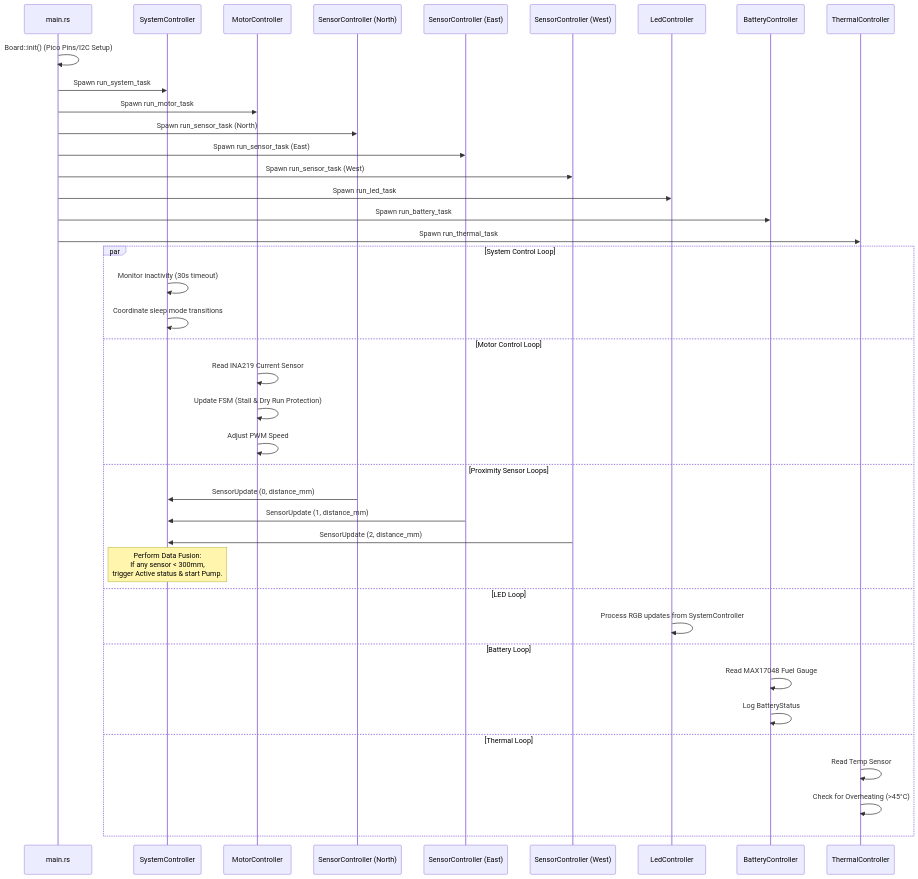
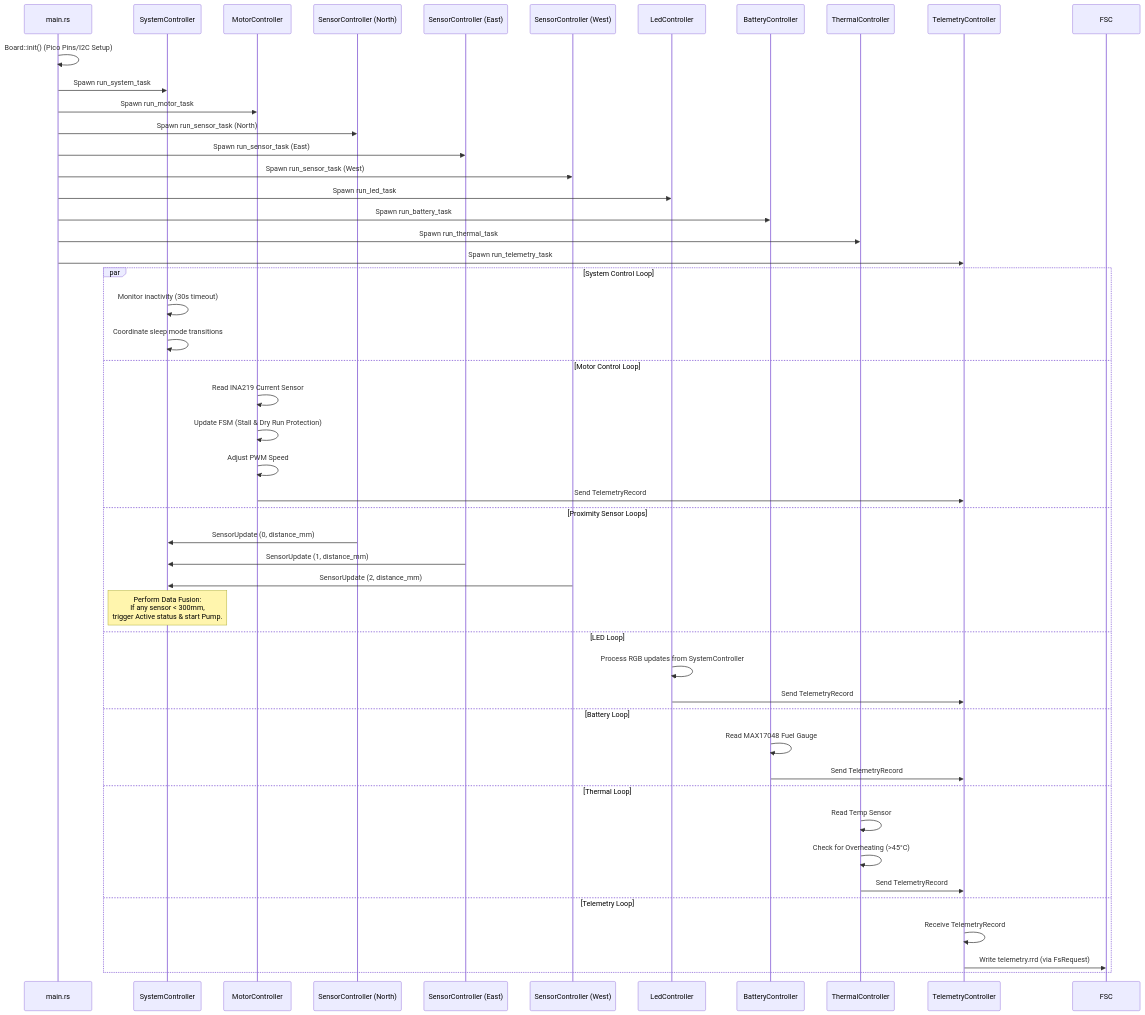
The second of 2 diagrams in projects/cat_detector.md (picklethecat1488-hue/firmware), drawn with Mermaid before and after one commit. The commit also changed other lines of this file and 6 other files, not shown here.

First line of the commit message:
Create telemetry controller

````diff
--- a/projects/cat_detector.md
+++ b/projects/cat_detector.md
@@ -158,44 +160,52 @@
 ```mermaid
 sequenceDiagram
     participant Main as main.rs
     participant SC as SystemController
     participant MC as MotorController
     participant SN as SensorController (North)
     participant SE as SensorController (East)
     participant SW as SensorController (West)
     participant LC as LedController
     participant BC as BatteryController
     participant TC as ThermalController
+    participant TMC as TelemetryController
 
     Main->>Main: Board::init() (Pico Pins/I2C Setup)
     Main->>SC: Spawn run_system_task
     Main->>MC: Spawn run_motor_task
     Main->>SN: Spawn run_sensor_task (North)
     Main->>SE: Spawn run_sensor_task (East)
     Main->>SW: Spawn run_sensor_task (West)
     Main->>LC: Spawn run_led_task
     Main->>BC: Spawn run_battery_task
     Main->>TC: Spawn run_thermal_task
+    Main->>TMC: Spawn run_telemetry_task
 
     par System Control Loop
         SC->>SC: Monitor inactivity (30s timeout)
         SC->>SC: Coordinate sleep mode transitions
     and Motor Control Loop
         MC->>MC: Read INA219 Current Sensor
         MC->>MC: Update FSM (Stall & Dry Run Protection)
         MC->>MC: Adjust PWM Speed
+        MC->>TMC: Send TelemetryRecord
     and Proximity Sensor Loops
         SN->>SC: SensorUpdate (0, distance_mm)
         SE->>SC: SensorUpdate (1, distance_mm)
         SW->>SC: SensorUpdate (2, distance_mm)
         Note over SC: Perform Data Fusion:<br/>If any sensor < 300mm,<br/>trigger Active status & start Pump.
     and LED Loop
         LC->>LC: Process RGB updates from SystemController
+        LC->>TMC: Send TelemetryRecord
     and Battery Loop
         BC->>BC: Read MAX17048 Fuel Gauge
-        BC->>BC: Log BatteryStatus
+        BC->>TMC: Send TelemetryRecord
     and Thermal Loop
         TC->>TC: Read Temp Sensor
         TC->>TC: Check for Overheating (>45°C)
+        TC->>TMC: Send TelemetryRecord
+    and Telemetry Loop
+        TMC->>TMC: Receive TelemetryRecord
+        TMC->>FSC: Write telemetry.rrd (via FsRequest)
     end
 ```
````
